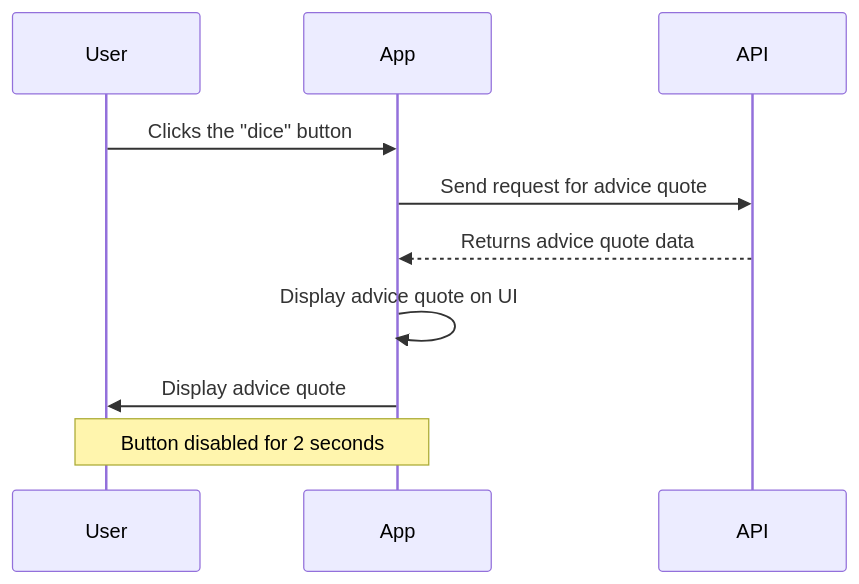
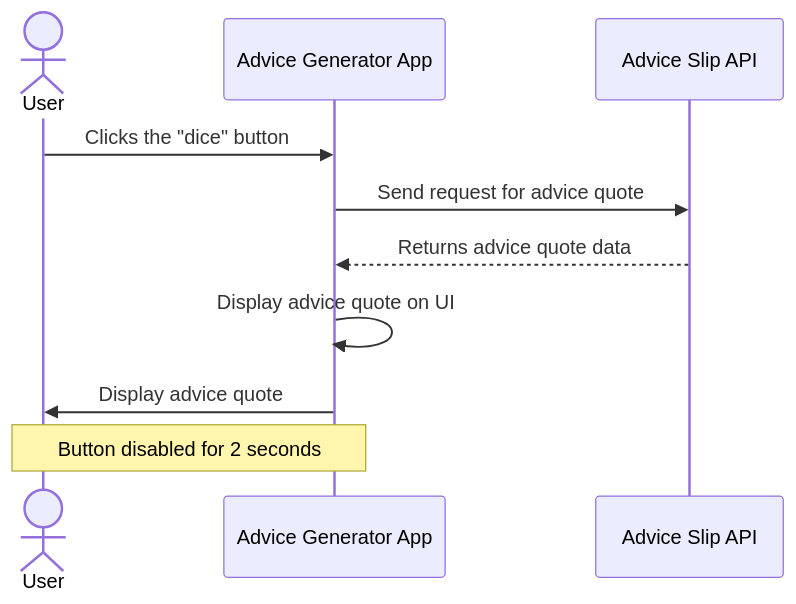
One commit to MaorBezalel/advice-generator-app changed the diagram in README.md. Above: the diagram before and after it, drawn with Mermaid.

Commit message:
Update README.md
Updated sequence diagram to explicitly declare the user as an actor.

````diff
--- a/README.md
+++ b/README.md
@@ -47,14 +47,14 @@
 ```mermaid
 sequenceDiagram
-    participant User
-    participant App
-    participant API
+    actor User as User
+    participant App as Advice Generator App
+    participant API as Advice Slip API
 
     User->>App: Clicks the "dice" button
     App->>API: Send request for advice quote
     API-->>App: Returns advice quote data
     App->>App: Display advice quote on UI
     App->>User: Display advice quote
 
     Note over User, App: Button disabled for 2 seconds
 ```
````
